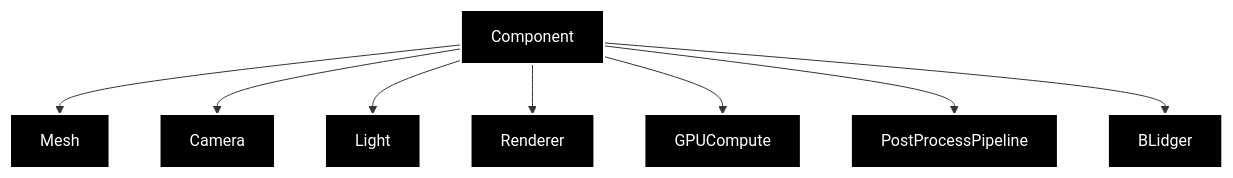
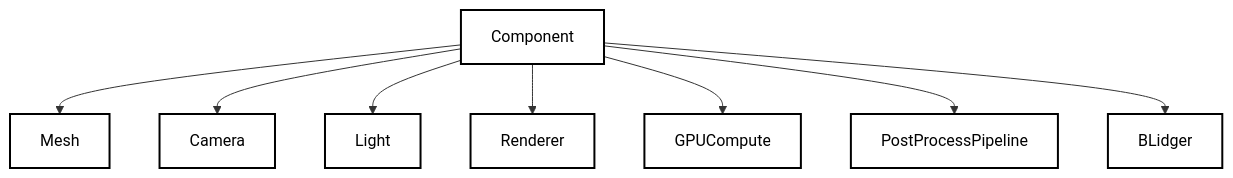
One commit to ukonpower/OREngine changed the second of 3 diagrams in docs/core/components.md. Above: the diagram before and after it, drawn with Mermaid. The commit also changed 6 other files, not shown here.

````diff
--- a/docs/core/components.md
+++ b/docs/core/components.md
@@ -45,20 +45,20 @@
 ```mermaid
 graph TB
     C[Component]
     C --> M[Mesh]
     C --> CM[Camera]
     C --> L[Light]
     C --> R[Renderer]
     C --> G[GPUCompute]
     C --> P[PostProcessPipeline]
     C --> B[BLidger]
 
-    style C fill:#000,stroke:#fff,color:#fff,stroke-width:2px
-    style M fill:#000,stroke:#fff,color:#fff,stroke-width:2px
-    style CM fill:#000,stroke:#fff,color:#fff,stroke-width:2px
-    style L fill:#000,stroke:#fff,color:#fff,stroke-width:2px
-    style R fill:#000,stroke:#fff,color:#fff,stroke-width:2px
-    style G fill:#000,stroke:#fff,color:#fff,stroke-width:2px
-    style P fill:#000,stroke:#fff,color:#fff,stroke-width:2px
-    style B fill:#000,stroke:#fff,color:#fff,stroke-width:2px
+    style C fill:#fff,stroke:#000,color:#000,stroke-width:2px
+    style M fill:#fff,stroke:#000,color:#000,stroke-width:2px
+    style CM fill:#fff,stroke:#000,color:#000,stroke-width:2px
+    style L fill:#fff,stroke:#000,color:#000,stroke-width:2px
+    style R fill:#fff,stroke:#000,color:#000,stroke-width:2px
+    style G fill:#fff,stroke:#000,color:#000,stroke-width:2px
+    style P fill:#fff,stroke:#000,color:#000,stroke-width:2px
+    style B fill:#fff,stroke:#000,color:#000,stroke-width:2px
 ```
````
